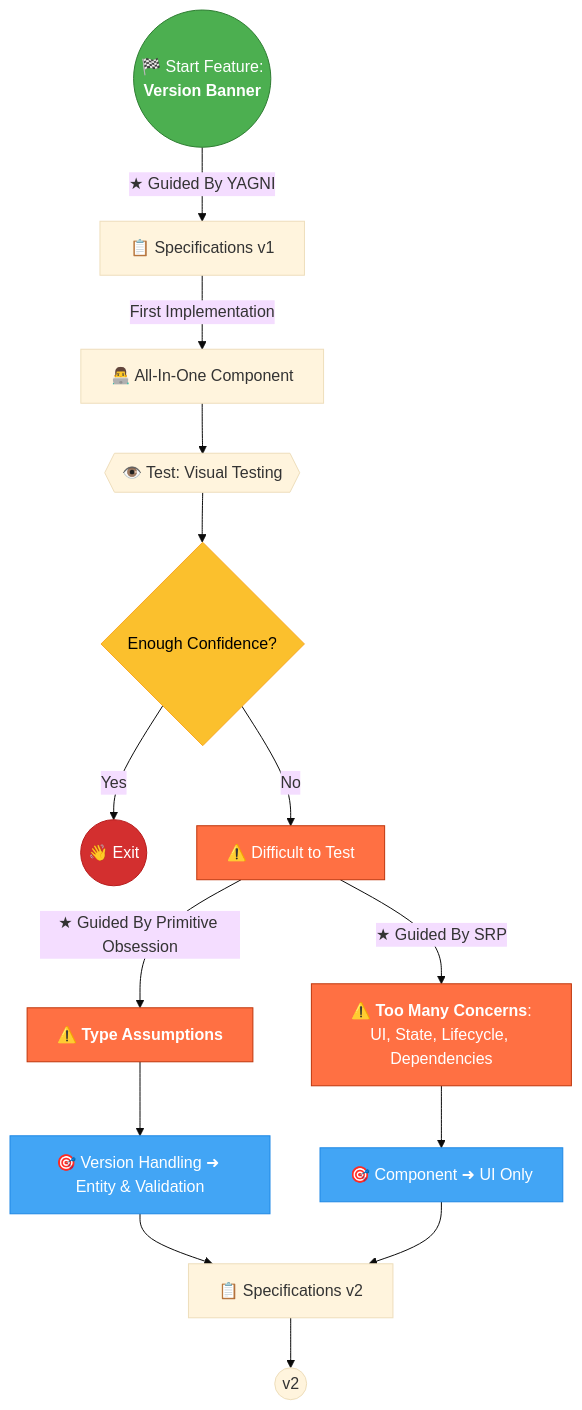
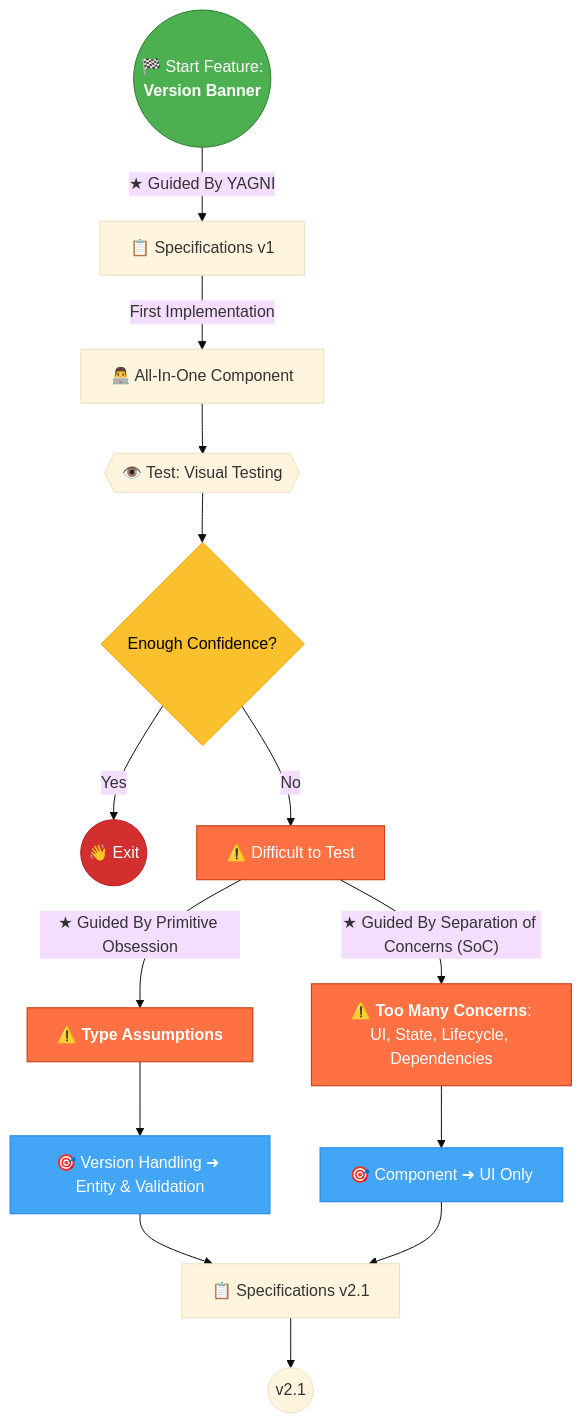
Before and after one commit to jeromeabel/nuxt-clean-architecture: the diagram in docs/Testing a Simple Nuxt Feature - 2 - All-in-One Component (v1).md, drawn with Mermaid (base theme). The commit also changed other lines of this file and 3 other files, not shown here.

````diff
--- a/docs/Testing a Simple Nuxt Feature - 2 - All-in-One Component (v1).md
+++ b/docs/Testing a Simple Nuxt Feature - 2 - All-in-One Component (v1).md
@@ -58,57 +58,57 @@
 ```mermaid
 graph TB;
 
     %% Start %%
     A((🏁 Start Feature:<br> <b>Version Banner</b>))
 
     %% Specs v1 Checklist %%
     B[📋 Specifications v1]
 
     %% Development Process %%
     C[👨‍💻 All-In-One Component]
     D{{👁️ Test: Visual Testing}}
     E{Enough Confidence?}
     F((👋 Exit))
 
     %% Issues %%
     G[⚠️ Difficult to Test]
     G1[⚠️ <b>Type Assumptions</b>]
     G2[⚠️ <b>Too Many Concerns</b>:<br>UI, State, Lifecycle, Dependencies]
 
     %% Specs v2 Checklist %%
     H1["🎯 Version Handling ➜ Entity & Validation"]
     H2["🎯 Component ➜ UI Only"]
-    I[📋 Specifications v2]
+    I[📋 Specifications v2.1]
 
-    J((v2))
+    J((v2.1))
 
     %% Connections %%
     A --> |"★ Guided By YAGNI"| B
     B --> |First Implementation| C
     C --> D
     D --> E
     E --> |Yes| F
     E --> |No| G
 
     G -->|"★ Guided By Primitive Obsession"| G1
-    G -->|"★ Guided By SRP"| G2
+    G -->|"★ Guided By Separation of Concerns (SoC)"| G2
     G1 --> H1
     G2 --> H2
     H1 --> I
     H2 --> I
     I --> J
 
     %% Define Styles %%
     classDef start fill:#4CAF50,stroke:#2E7D32,color:#FFFFFF;
     classDef exit fill:#D32F2F,stroke:#B71C1C,color:#FFFFFF;
     classDef decision fill:#FBC02D,stroke:#F9A825,color:#000000;
     classDef issue fill:#FF7043,stroke:#BF360C,color:#FFFFFF;
     classDef action fill:#42A5F5,stroke:#1E88E5,color:#FFFFFF;
     classDef checklist fill:#E1F5FE,stroke:#0277BD,color:#000000;
-    
+
     class A start;
     class F exit;
     class E decision;
     class G,G1,G2 issue;
     class H1,H2 action;
 ```
````
